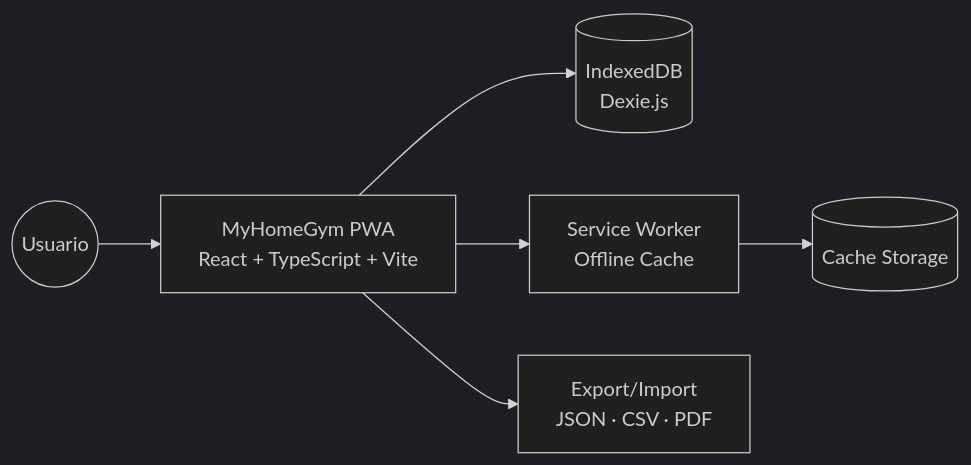
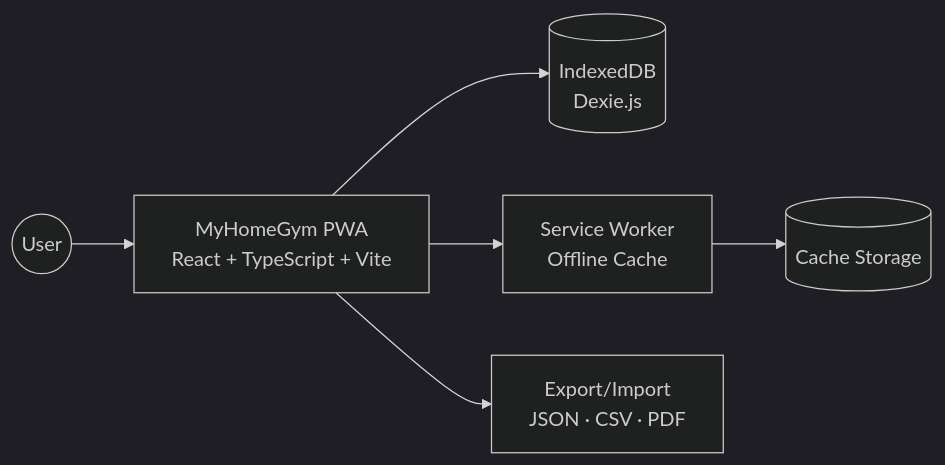
Before and after one commit to Antberhol/Proyecto-MyHomeGym: the diagram in README.md, drawn with Mermaid (dark theme). The commit also changed other lines of this file and 1 other file, not shown here.

````diff
--- a/README.md
+++ b/README.md
@@ -74,8 +76,8 @@
 ```mermaid
 flowchart LR
-    U((Usuario)) --> PWA[MyHomeGym PWA\nReact + TypeScript + Vite]
+    U((User)) --> PWA[MyHomeGym PWA\nReact + TypeScript + Vite]
     PWA --> DB[(IndexedDB\nDexie.js)]
     PWA --> SW[Service Worker\nOffline Cache]
     SW --> CACHE[(Cache Storage)]
     PWA --> EXPORT[Export/Import\nJSON · CSV · PDF]
 ```
````
